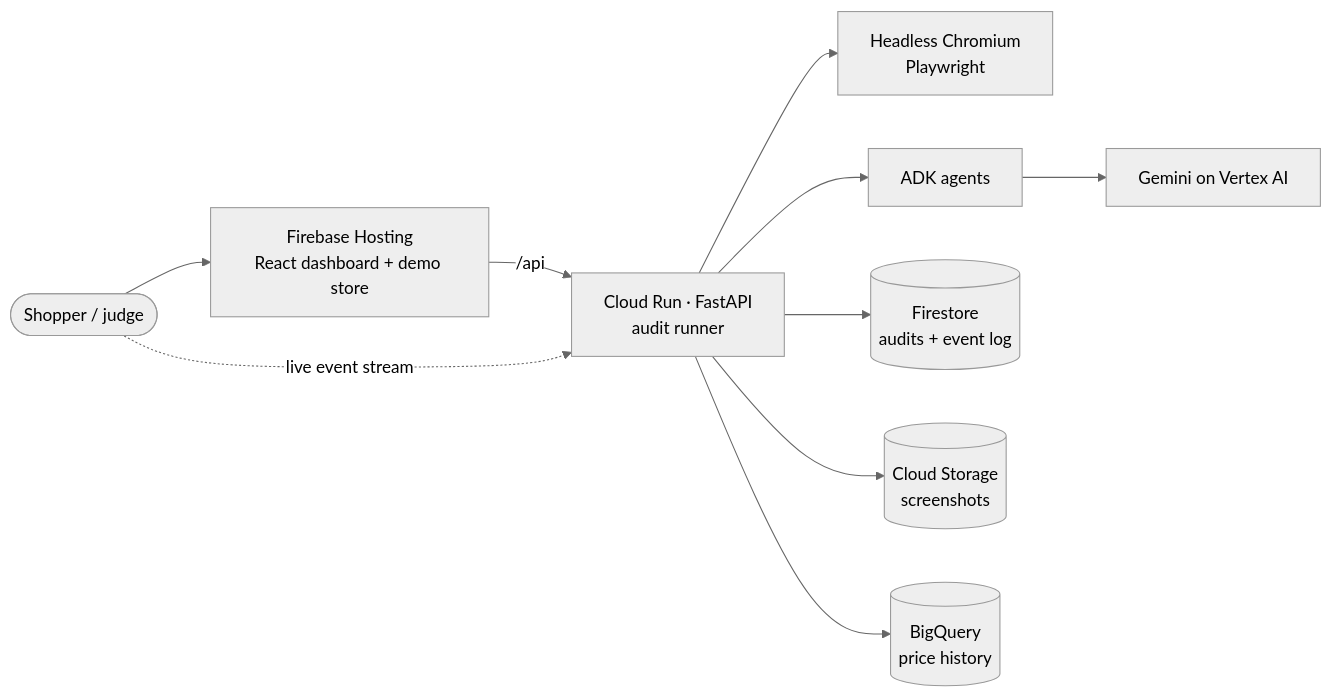
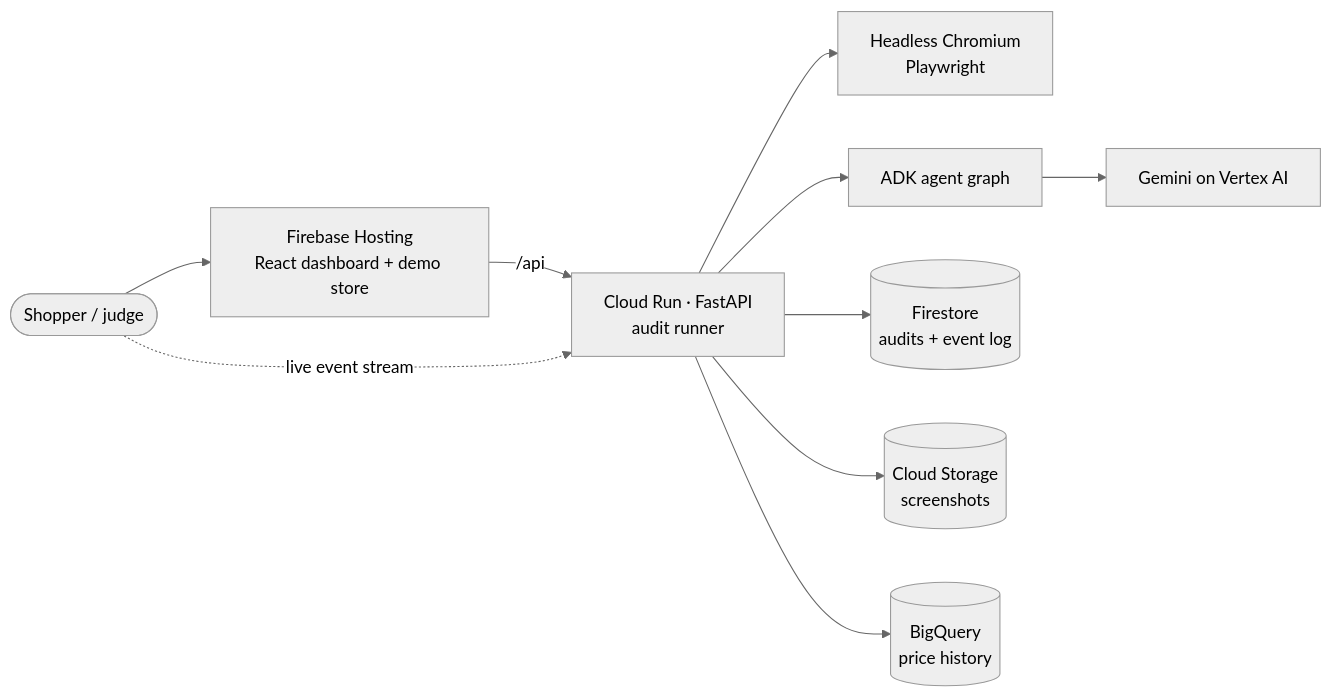
One commit to saubhagyaashish/shop-honest changed the diagram in README.md. Above: the diagram before and after it, drawn with Mermaid (neutral theme). The commit also changed other lines of this file and 7 other files, not shown here.

Commit message:
feat: gemini-3.6-flash with gemini-3.1-flash-lite as fallback, and the agent graph on by default

````diff
--- a/README.md
+++ b/README.md
@@ -23,12 +23,12 @@
 ```mermaid
 flowchart LR
   user([Shopper / judge]) --> hosting[Firebase Hosting<br/>React dashboard + demo store]
   hosting -- /api --> run[Cloud Run · FastAPI<br/>audit runner]
   user -. live event stream .-> run
   run --> browser[Headless Chromium<br/>Playwright]
-  run --> agents[ADK agents]
+  run --> agents[ADK agent graph]
   agents --> gemini[Gemini on Vertex AI]
   run --> fs[(Firestore<br/>audits + event log)]
   run --> gcs[(Cloud Storage<br/>screenshots)]
   run --> bq[(BigQuery<br/>price history)]
 ```
````
